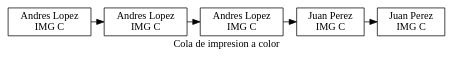
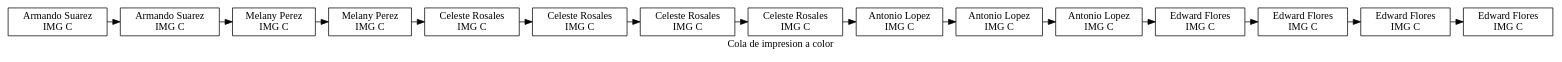
Before and after one commit to Kelly901/EDD_PROYECTO_FASE1_201900716: the diagram in [EDD]PROYECTO_FASE1_201900716/Proyecto1_Edd/impresoraC.dot, drawn with Graphviz. The commit also changed 43 other files, not shown here.

```diff
--- a/[EDD]PROYECTO_FASE1_201900716/Proyecto1_Edd/impresoraC.dot
+++ b/[EDD]PROYECTO_FASE1_201900716/Proyecto1_Edd/impresoraC.dot
@@ -1,22 +1,52 @@
 digraph G{
 label="Cola de impresion a color";
 node[shape=box];
-n1872034366[label="Juan Perez
+n1259475182[label="Armando Suarez
 IMG C "];
-n1581781576[label="Juan Perez
+n1300109446[label="Armando Suarez
 IMG C "];
-n1670675563[label="Andres Lopez
+n1020371697[label="Melany Perez
 IMG C "];
-n723074861[label="Andres Lopez
+n789451787[label="Melany Perez
 IMG C "];
-n895328852[label="Andres Lopez
+n1950409828[label="Celeste Rosales
+IMG C "];
+n1229416514[label="Celeste Rosales
+IMG C "];
+n2016447921[label="Celeste Rosales
+IMG C "];
+n666988784[label="Celeste Rosales
+IMG C "];
+n1414644648[label="Antonio Lopez
+IMG C "];
+n640070680[label="Antonio Lopez
+IMG C "];
+n1510467688[label="Antonio Lopez
+IMG C "];
+n1995265320[label="Edward Flores
+IMG C "];
+n746292446[label="Edward Flores
+IMG C "];
+n1072591677[label="Edward Flores
+IMG C "];
+n1523554304[label="Edward Flores
 IMG C "];
 
 {rank=same;
-n1581781576->n1872034366;
-n1670675563->n1581781576;
-n723074861->n1670675563;
-n895328852->n723074861;
+n1259475182->n1300109446;
+n1300109446->n1020371697;
+n1020371697->n789451787;
+n789451787->n1950409828;
+n1950409828->n1229416514;
+n1229416514->n2016447921;
+n2016447921->n666988784;
+n666988784->n1414644648;
+n1414644648->n640070680;
+n640070680->n1510467688;
+n1510467688->n1995265320;
+n1995265320->n746292446;
+n746292446->n1072591677;
+n1072591677->n1523554304;
 
 }
 }
```
